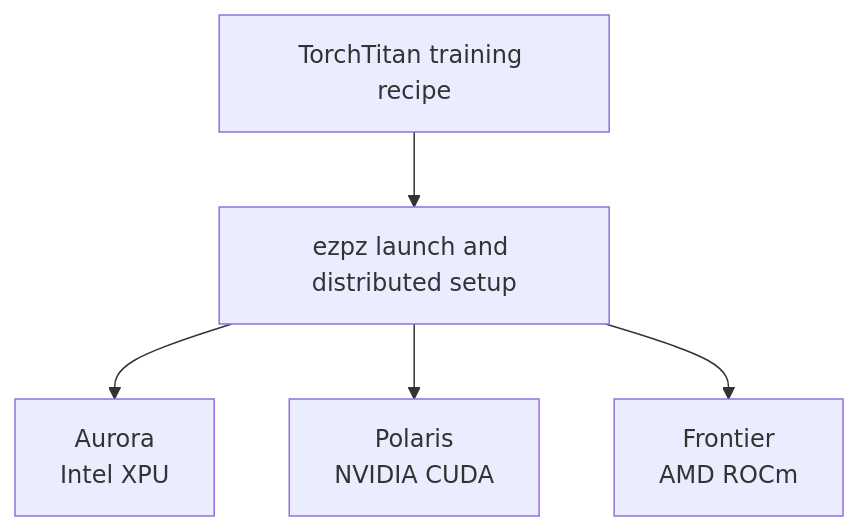
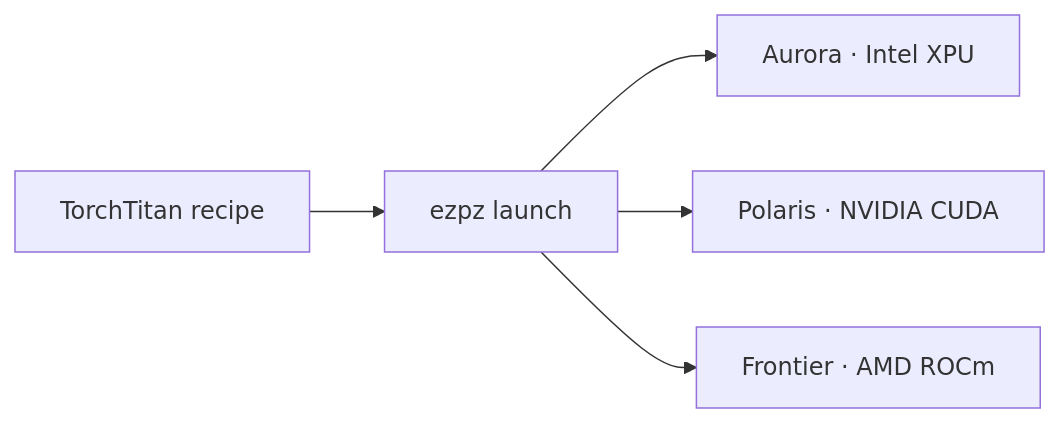
The second of 3 diagrams in web/src/pages/talks/2026/11/20/index.mdx (saforem2/samf.sh), drawn with Mermaid before and after one commit. The commit also changed other lines of this file and 9 other files, not shown here.

````diff
--- a/web/src/pages/talks/2026/11/20/index.mdx
+++ b/web/src/pages/talks/2026/11/20/index.mdx
@@ -89,8 +95,8 @@
 ```mermaid
 %%{init: {'themeCSS': '.nodeLabel{font-size:25px!important} .edgeLabel{font-size:20px!important}'}}%%
-flowchart TB
-    A["TorchTitan training recipe"] --> B["ezpz launch and distributed setup"]
-    B --> C["Aurora<br/>Intel XPU"]
-    B --> D["Polaris<br/>NVIDIA CUDA"]
-    B --> E["Frontier<br/>AMD ROCm"]
+flowchart LR
+    A["TorchTitan recipe"] --> B["ezpz launch"]
+    B --> C["Aurora · Intel XPU"]
+    B --> D["Polaris · NVIDIA CUDA"]
+    B --> E["Frontier · AMD ROCm"]
 ```
````
